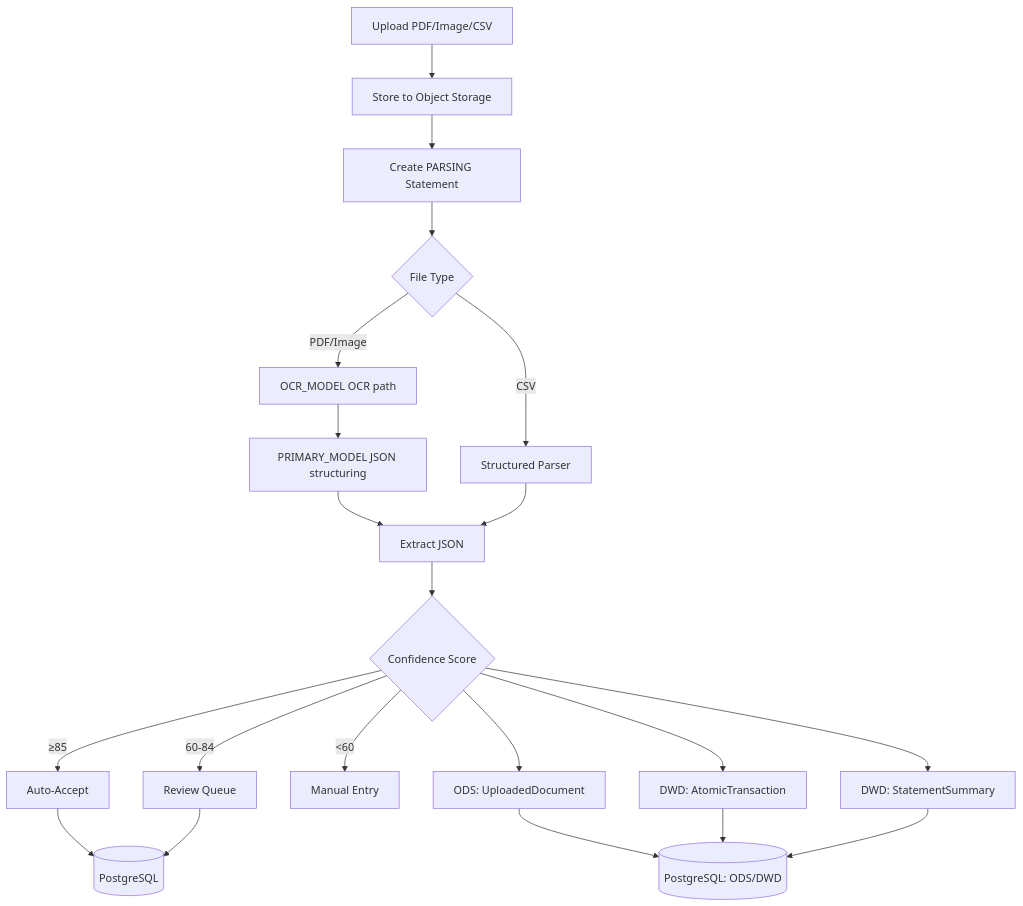
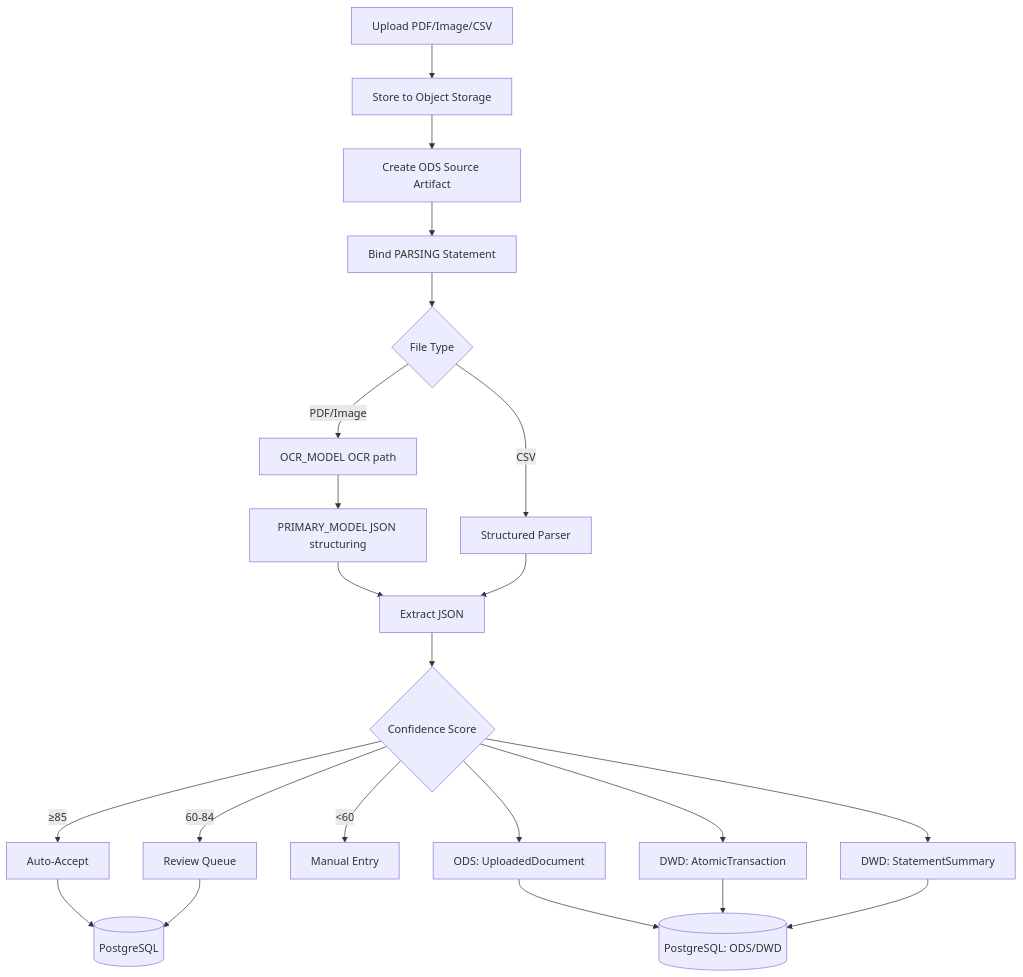
Before and after one commit to wangzitian0/finance_report: the diagram in common/extraction/readme.md, drawn with Mermaid. The commit also changed other lines of this file and 25 other files, not shown here.

````diff
--- a/common/extraction/readme.md
+++ b/common/extraction/readme.md
@@ -89,25 +101,26 @@
 ```mermaid
 flowchart TB
     A[Upload PDF/Image/CSV] --> S[Store to Object Storage]
-    S --> P[Create PARSING Statement]
+    S --> O[Create ODS Source Artifact]
+    O --> P[Bind PARSING Statement]
     P --> B{File Type}
     B -->|PDF/Image| C["OCR_MODEL OCR path"]
     C --> C2["PRIMARY_MODEL JSON structuring"]
     B -->|CSV| D[Structured Parser]
     C2 --> E[Extract JSON]
     D --> E
     E --> F{Confidence Score}
     F -->|≥85| G[Auto-Accept]
     F -->|60-84| H[Review Queue]
     F -->|<60| I[Manual Entry]
     G --> J[(PostgreSQL)]
     H --> J
 
     %% EPIC-011 Direct Writes
     F --> K[ODS: UploadedDocument]
     F --> L[DWD: AtomicTransaction]
     F --> N[DWD: StatementSummary]
     K --> M[(PostgreSQL: ODS/DWD)]
     L --> M
     N --> M
 ```
````
